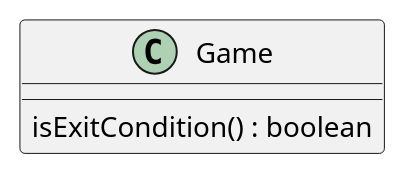
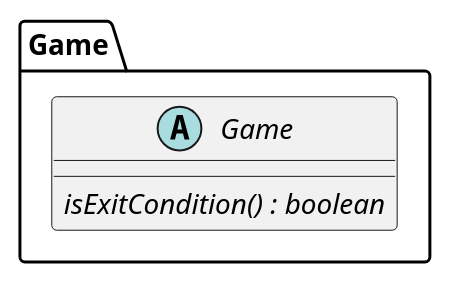
Before and after one commit to Pending-Name-21/arquitecture: the diagram in uml/frontend-software-system/game.puml, drawn with PlantUML.

Commit message:
fix: Game class type
- Updated Game class type to abstract, this is because the game
  implementing the library shall define its methods.

- Updated Game class to be in the Game package

```diff
--- a/uml/frontend-software-system/game.puml
+++ b/uml/frontend-software-system/game.puml
@@ -1,5 +1,7 @@
 @startuml
-  class Game {
-    isExitCondition() : boolean
+package "Game" {
+  abstract class Game {
+    {abstract} isExitCondition() : boolean
   }
+}
 @enduml
```
